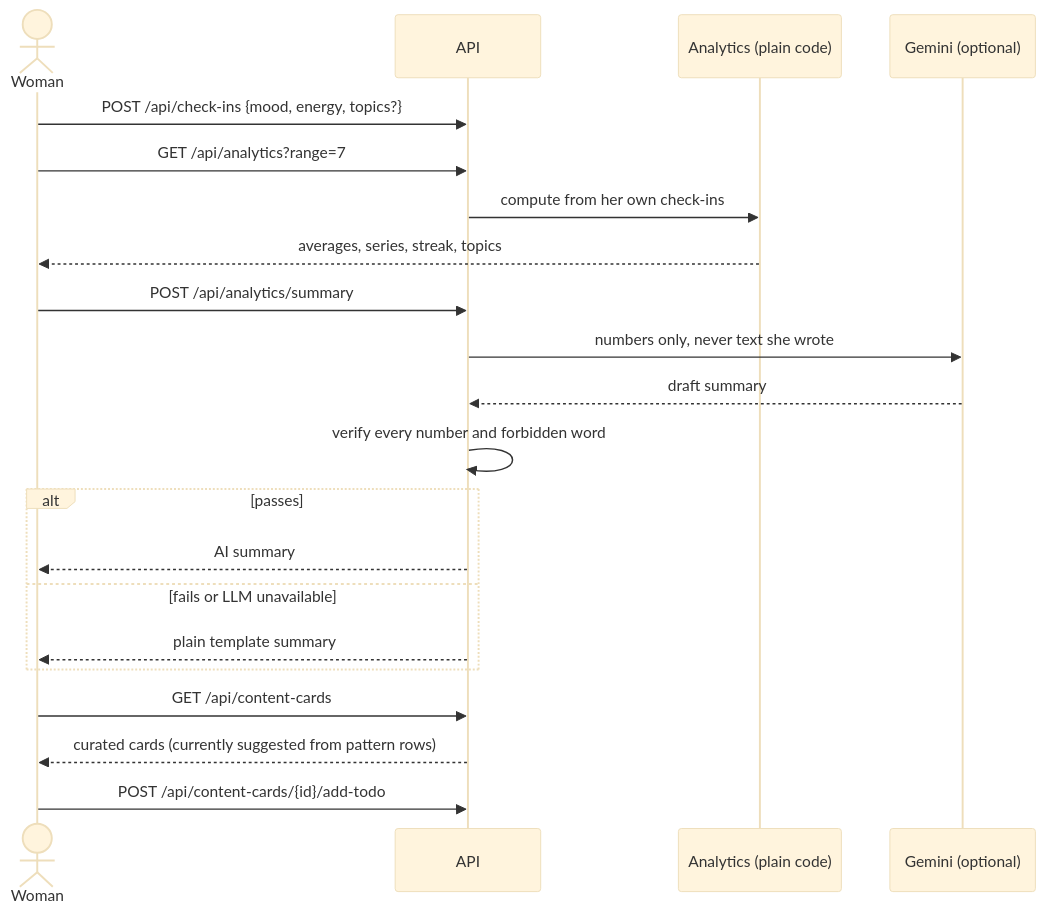
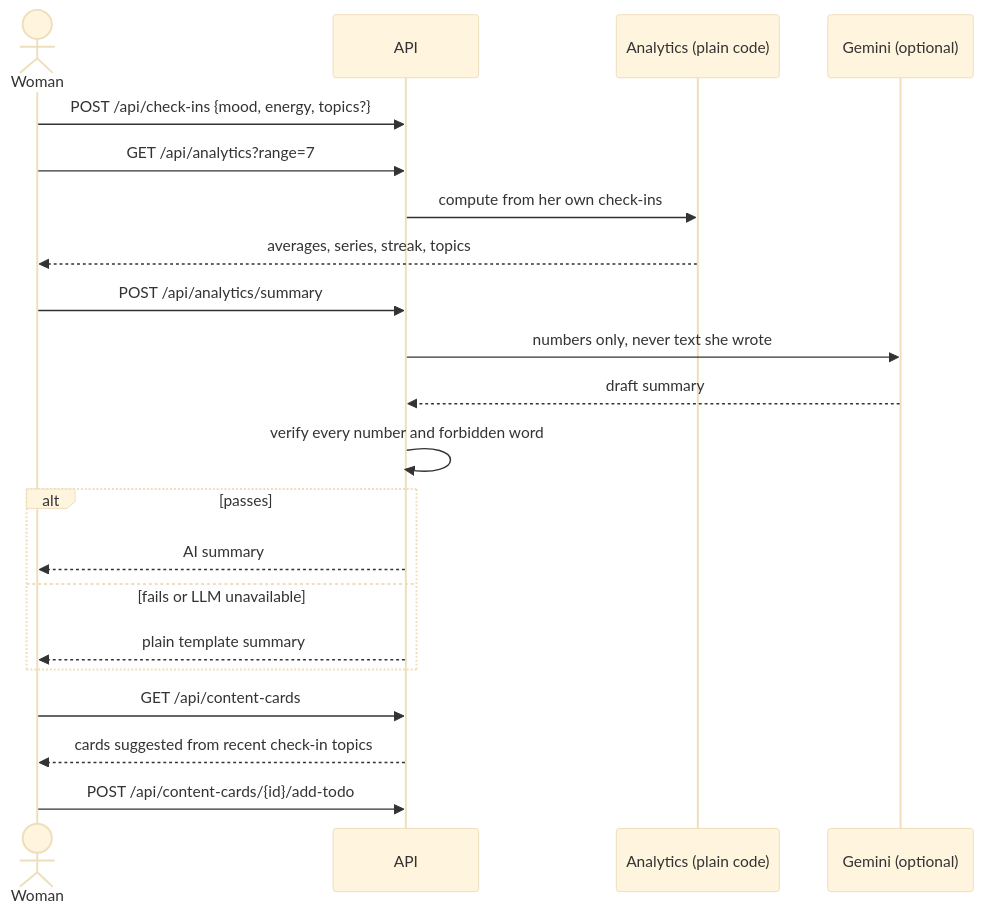
The ninth of 10 diagrams in README.md (meriemchebab/Rahati), drawn with Mermaid (base theme) before and after one commit. The commit also changed other lines of this file and 7 other files, not shown here.

````diff
--- a/README.md
+++ b/README.md
@@ -294,23 +294,23 @@
 ```mermaid
 sequenceDiagram
   actor Woman
   participant API
   participant Stats as Analytics (plain code)
   participant LLM as Gemini (optional)
   Woman->>API: POST /api/check-ins {mood, energy, topics?}
   Woman->>API: GET /api/analytics?range=7
   API->>Stats: compute from her own check-ins
   Stats-->>Woman: averages, series, streak, topics
   Woman->>API: POST /api/analytics/summary
   API->>LLM: numbers only, never text she wrote
   LLM-->>API: draft summary
   API->>API: verify every number and forbidden word
   alt passes
     API-->>Woman: AI summary
   else fails or LLM unavailable
     API-->>Woman: plain template summary
   end
   Woman->>API: GET /api/content-cards
-  API-->>Woman: curated cards (currently suggested from pattern rows)
+  API-->>Woman: cards suggested from recent check-in topics
   Woman->>API: POST /api/content-cards/{id}/add-todo
 ```
````
